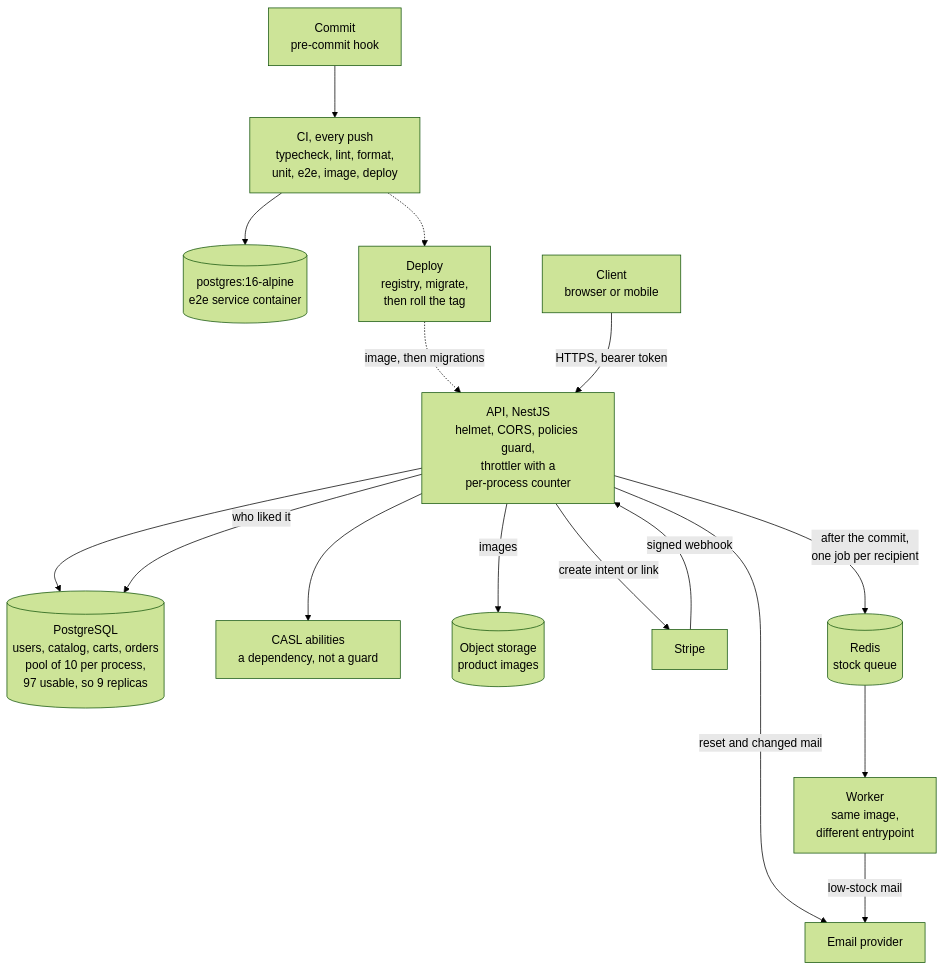
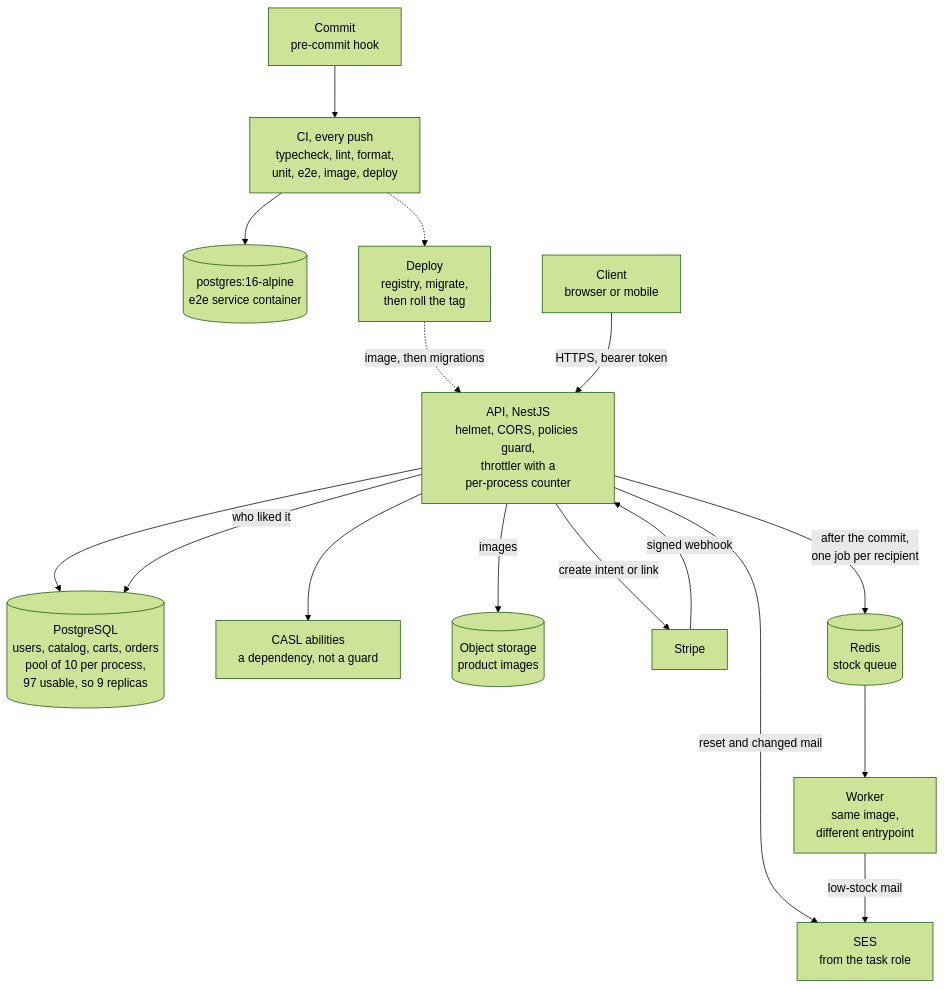
Before and after one commit to f3r21/t-shirt-store-api: the diagram in ARCHITECTURE.md, drawn with Mermaid (forest theme). The commit also changed other lines of this file and 10 other files, not shown here.

Commit message:
feat: send mail through SES from the task role, and take Stripe events at the distribution

````diff
--- a/ARCHITECTURE.md
+++ b/ARCHITECTURE.md
@@ -5,35 +5,35 @@
 ```mermaid
 %%{init: {"flowchart": {"nodeSpacing": 70, "rankSpacing": 70}}}%%
 flowchart TB
     code["Commit<br/>pre-commit hook"]
     ci["CI, every push<br/>typecheck, lint, format,<br/>unit, e2e, image, deploy"]
     citest[("postgres:16-alpine<br/>e2e service container")]
     deploy["Deploy<br/>registry, migrate,<br/>then roll the tag"]
 
     client["Client<br/>browser or mobile"]
     api["API, NestJS<br/>helmet, CORS, policies guard,<br/>throttler with a<br/>per-process counter"]
     pg[("PostgreSQL<br/>users, catalog, carts, orders<br/>pool of 10 per process,<br/>97 usable, so 9 replicas")]
     casl["CASL abilities<br/>a dependency, not a guard"]
     store[("Object storage<br/>product images")]
-    smtp["Email provider"]
+    smtp["SES<br/>from the task role"]
     stripe["Stripe"]
     redis[("Redis<br/>stock queue")]
     worker["Worker<br/>same image,<br/>different entrypoint"]
 
     code --> ci
     ci --> citest
     ci -.-> deploy
     deploy -.->|"image, then migrations"| api
 
     client -->|"HTTPS, bearer token"| api
     api --> pg
     api -->|"who liked it"| pg
     api --> casl
     api -->|"images"| store
     api -->|"reset and changed mail"| smtp
     api -->|"create intent or link"| stripe
     api -->|"after the commit,<br/>one job per recipient"| redis
     stripe -->|"signed webhook"| api
     redis --> worker
     worker -->|"low-stock mail"| smtp
 ```
````
